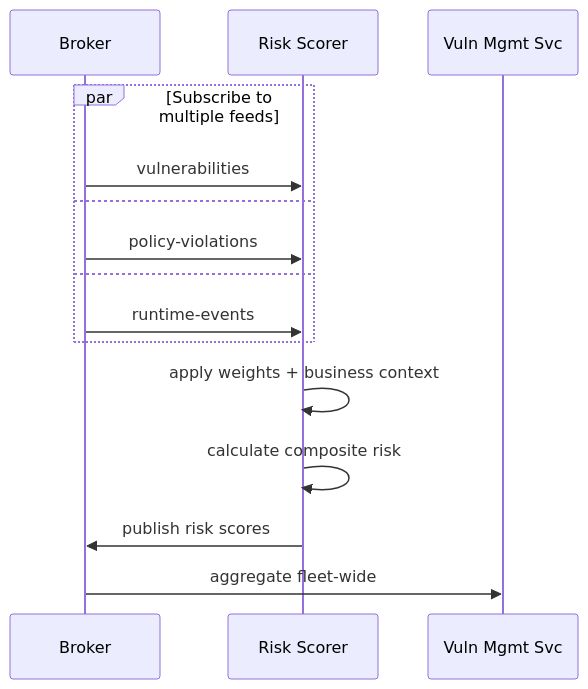
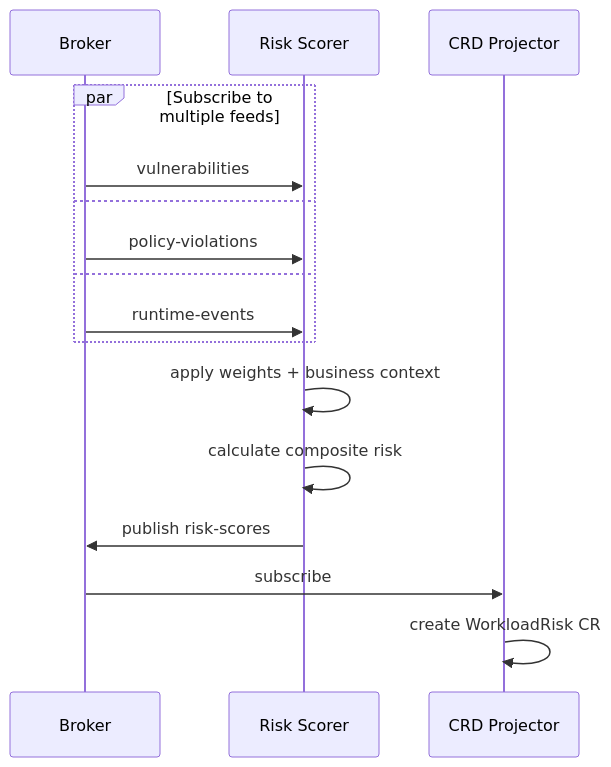
The third of 3 diagrams in docs/architecture/README.md (kylape/acs-next), drawn with Mermaid before and after one commit.

Commit message:
Fix Risk Calculation diagram to show CRD output
Risk scores go to CRD Projector to create WorkloadRisk CRs,
not to Vuln Management Service.

````diff
--- a/docs/architecture/README.md
+++ b/docs/architecture/README.md
@@ -181,19 +181,20 @@
 ```mermaid
 sequenceDiagram
     participant Broker
     participant Risk Scorer
-    participant Vuln Mgmt Svc
+    participant CRD Projector
 
     par Subscribe to multiple feeds
         Broker->>Risk Scorer: vulnerabilities
     and
         Broker->>Risk Scorer: policy-violations
     and
         Broker->>Risk Scorer: runtime-events
     end
 
     Risk Scorer->>Risk Scorer: apply weights + business context
     Risk Scorer->>Risk Scorer: calculate composite risk
-    Risk Scorer->>Broker: publish risk scores
-    Broker->>Vuln Mgmt Svc: aggregate fleet-wide
+    Risk Scorer->>Broker: publish risk-scores
+    Broker->>CRD Projector: subscribe
+    CRD Projector->>CRD Projector: create WorkloadRisk CR
 ```
````
